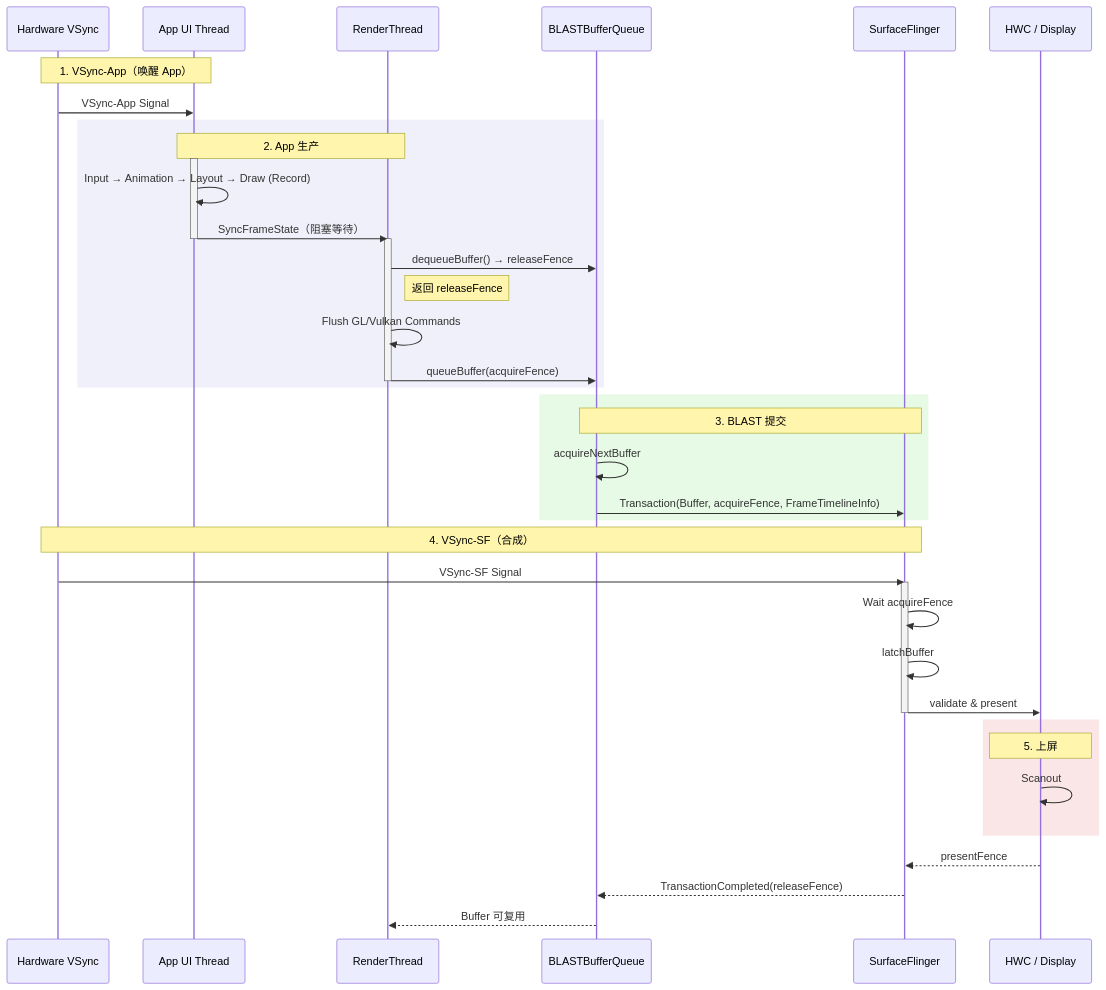
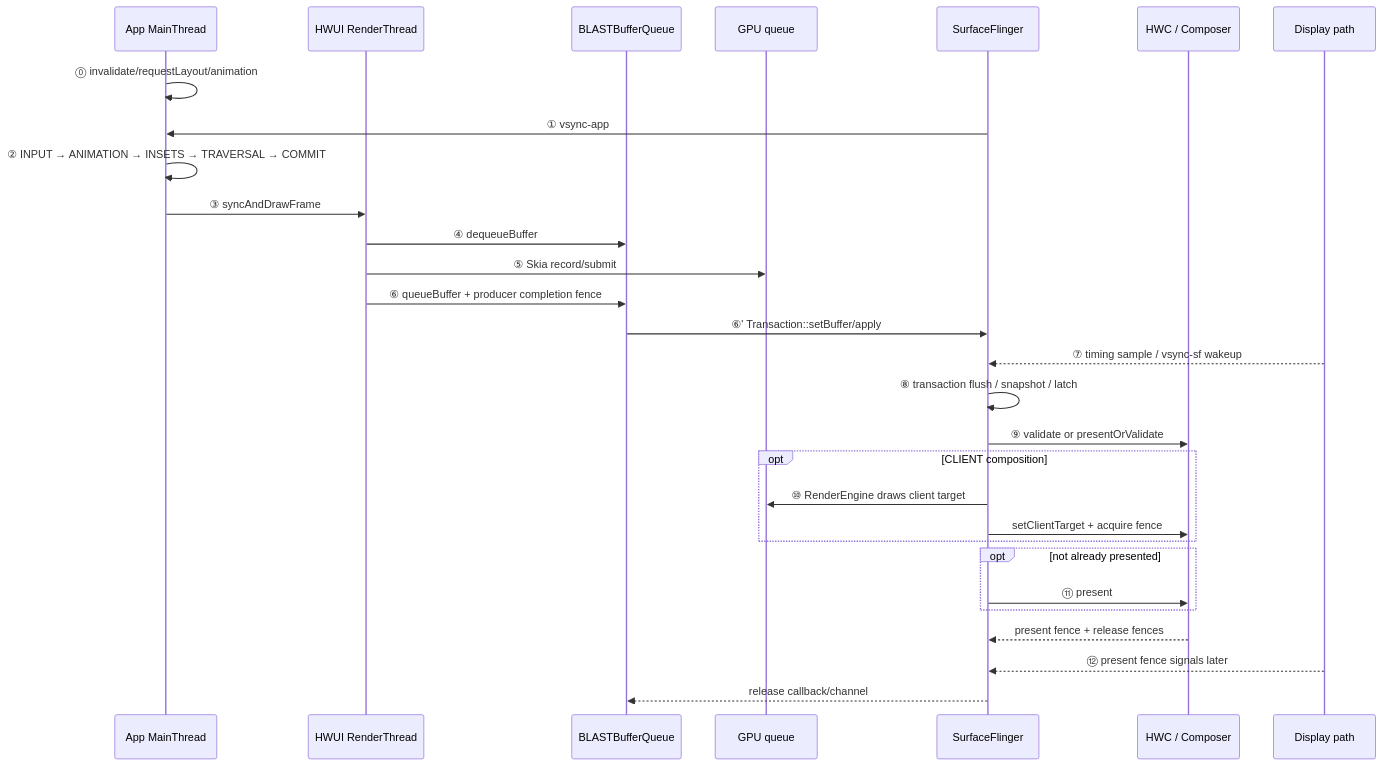
One commit to Gracker/android-internals-wiki changed the second of 2 diagrams in src/part2-performance/ch18-rendering-pipelines/02-android-view-standard.md. Above: the diagram before and after it, drawn with Mermaid. The commit also changed other lines of this file, not shown here.

````diff
--- a/src/part2-performance/ch18-rendering-pipelines/02-android-view-standard.md
+++ b/src/part2-performance/ch18-rendering-pipelines/02-android-view-standard.md
@@ -191,50 +232,32 @@
 ```mermaid
 sequenceDiagram
-    participant HW as Hardware VSync
-    participant App as App UI Thread
-    participant RT as RenderThread
+    participant MT as App MainThread
+    participant RT as HWUI RenderThread
     participant BBQ as BLASTBufferQueue
+    participant GPU as GPU queue
     participant SF as SurfaceFlinger
-    participant HWC as HWC / Display
+    participant HWC as HWC / Composer
+    participant DD as Display path
 
-    Note over HW, App: 1. VSync-App（唤醒 App）
-    HW->>App: VSync-App Signal
-    
-    rect rgb(240, 240, 250)
-        Note over App, RT: 2. App 生产
-        activate App
-        App->>App: Input → Animation → Layout → Draw (Record)
-        App->>RT: SyncFrameState（阻塞等待）
-        deactivate App
-        
-        activate RT
-        RT->>BBQ: dequeueBuffer() → releaseFence
-        Note right of RT: 返回 releaseFence
-        RT->>RT: Flush GL/Vulkan Commands
-        RT->>BBQ: queueBuffer(acquireFence)
-        deactivate RT
+    MT->>MT: ⓪ invalidate/requestLayout/animation
+    SF->>MT: ① vsync-app
+    MT->>MT: ② INPUT → ANIMATION → INSETS → TRAVERSAL → COMMIT
+    MT->>RT: ③ syncAndDrawFrame
+    RT->>BBQ: ④ dequeueBuffer
+    RT->>GPU: ⑤ Skia record/submit
+    RT->>BBQ: ⑥ queueBuffer + producer completion fence
+    BBQ->>SF: ⑥' Transaction::setBuffer/apply
+    DD-->>SF: ⑦ timing sample / vsync-sf wakeup
+    SF->>SF: ⑧ transaction flush / snapshot / latch
+    SF->>HWC: ⑨ validate or presentOrValidate
+    opt CLIENT composition
+        SF->>GPU: ⑩ RenderEngine draws client target
+        SF->>HWC: setClientTarget + acquire fence
     end
-
-    rect rgb(230, 250, 230)
-        Note over BBQ, SF: 3. BLAST 提交
-        BBQ->>BBQ: acquireNextBuffer
-        BBQ->>SF: Transaction(Buffer, acquireFence, FrameTimelineInfo)
+    opt not already presented
+        SF->>HWC: ⑪ present
     end
-
-    Note over HW, SF: 4. VSync-SF（合成）
-    HW->>SF: VSync-SF Signal
-    activate SF
-    SF->>SF: Wait acquireFence
-    SF->>SF: latchBuffer
-    SF->>HWC: validate & present
-    deactivate SF
-
-    rect rgb(250, 230, 230)
-        Note over HWC: 5. 上屏
-        HWC->>HWC: Scanout
-    end
-    
-    HWC-->>SF: presentFence
-    SF-->>BBQ: TransactionCompleted(releaseFence)
-    BBQ-->>RT: Buffer 可复用
+    HWC-->>SF: present fence + release fences
+    DD-->>SF: ⑫ present fence signals later
+    SF-->>BBQ: release callback/channel
 ```
````
